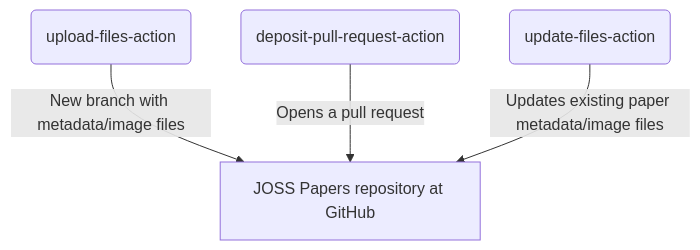
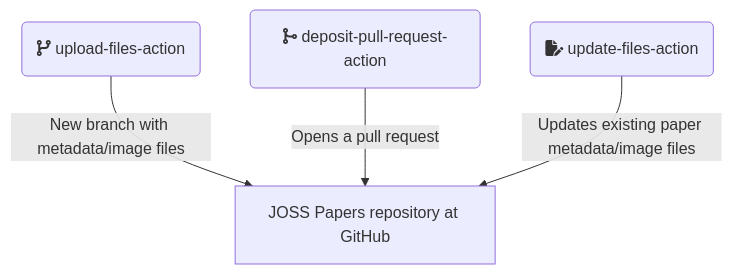
Before and after one commit to openjournals/joss-infra-docs: the second of 6 diagrams in github-actions.md, drawn with Mermaid. The commit also changed other lines of this file, not shown here.

````diff
--- a/github-actions.md
+++ b/github-actions.md
@@ -36,12 +36,12 @@
 ```mermaid
 flowchart TD
-  UPLOAD(upload-files-action)
-  PR(deposit-pull-request-action)
-  UPDATE(update-files-action)
+  UPLOAD(fa:fa-code-branch upload-files-action)
+  PR(fa:fa-code-merge deposit-pull-request-action)
+  UPDATE(fa:fa-file-edit update-files-action)
    
   PapersRepo[JOSS Papers repository at GitHub]
 
   UPLOAD --> |New branch with metadata/image files| PapersRepo
   PR --> |Opens a pull request| PapersRepo
   UPDATE --> |Updates existing paper metadata/image files| PapersRepo
 ```
````
